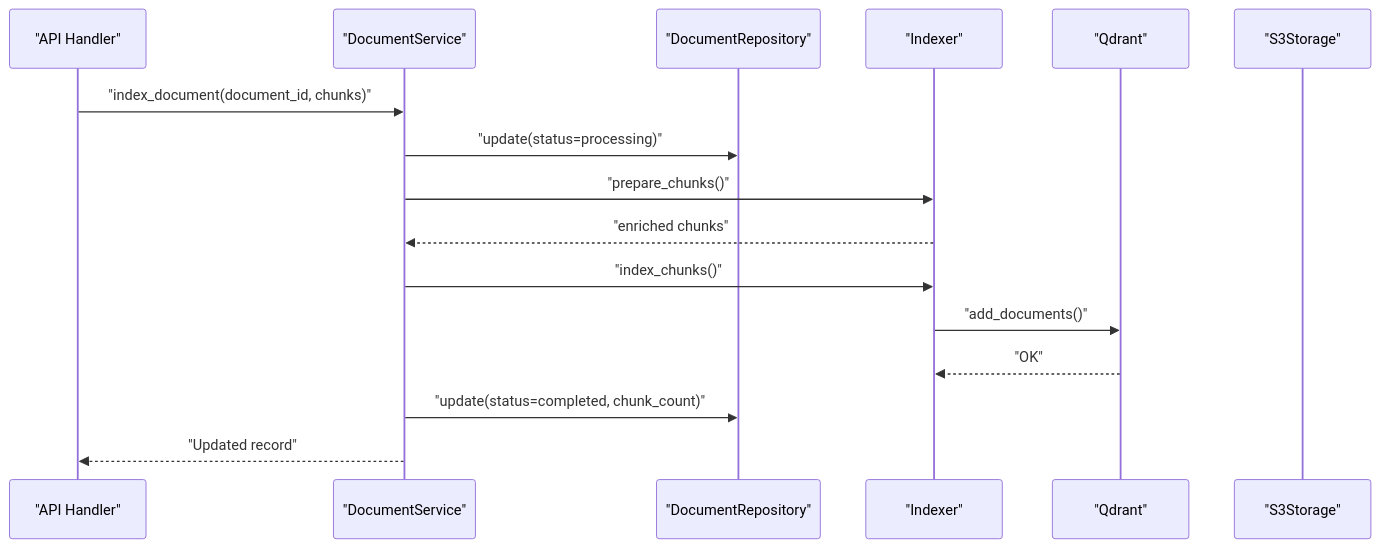
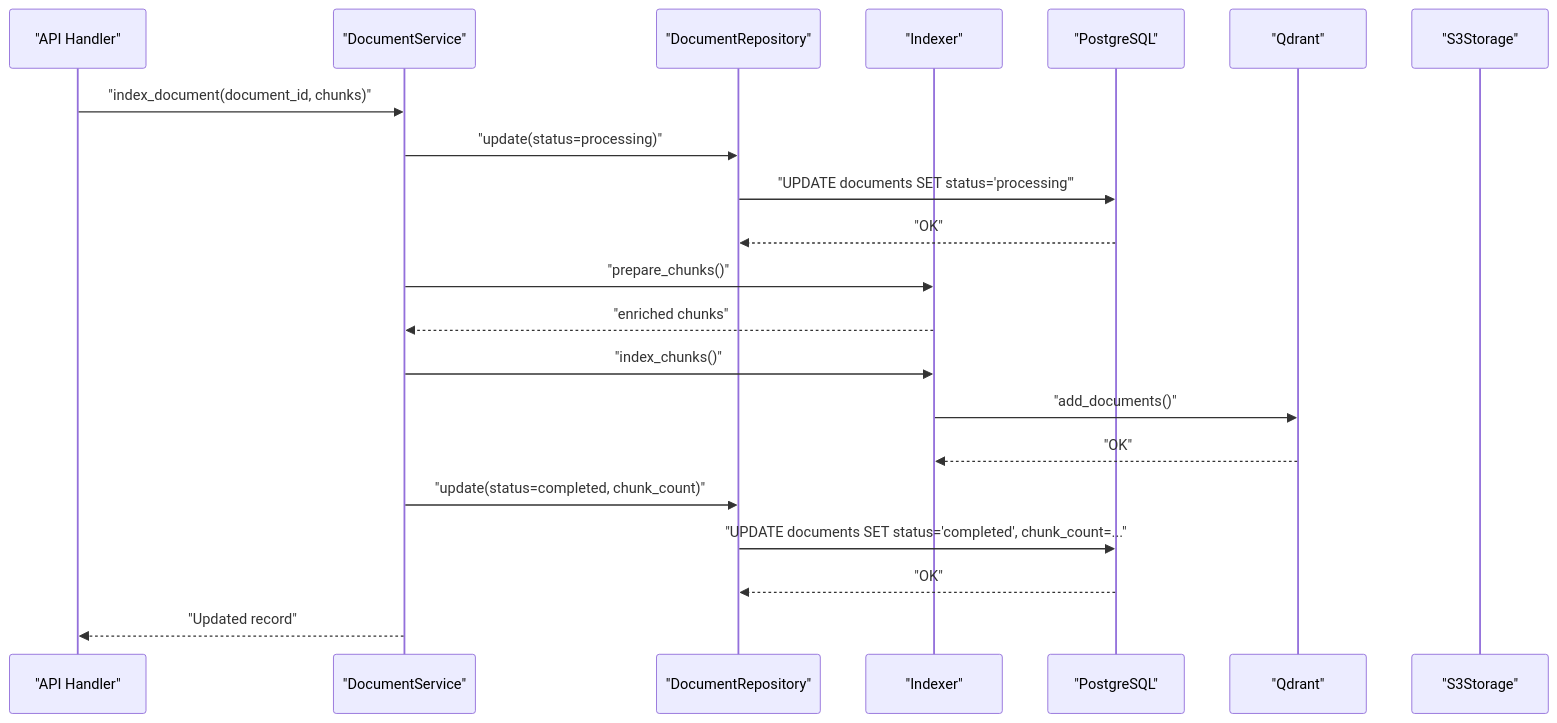
The fifth of 7 diagrams in .qoder/repowiki/en/content/API Reference/Resource Management System.md (ognelis/cafetera_hr_bot), drawn with Mermaid before and after one commit. The commit also changed other lines of this file and 13 other files, not shown here.

````diff
--- a/.qoder/repowiki/en/content/API Reference/Resource Management System.md
+++ b/.qoder/repowiki/en/content/API Reference/Resource Management System.md
@@ -286,18 +299,23 @@
 ```mermaid
 sequenceDiagram
 participant API as "API Handler"
 participant DS as "DocumentService"
 participant DR as "DocumentRepository"
 participant IDX as "Indexer"
+participant PG as "PostgreSQL"
 participant QD as "Qdrant"
 participant ST as "S3Storage"
 API->>DS : "index_document(document_id, chunks)"
 DS->>DR : "update(status=processing)"
+DR->>PG : "UPDATE documents SET status='processing'"
+PG-->>DR : "OK"
 DS->>IDX : "prepare_chunks()"
 IDX-->>DS : "enriched chunks"
 DS->>IDX : "index_chunks()"
 IDX->>QD : "add_documents()"
 QD-->>IDX : "OK"
 DS->>DR : "update(status=completed, chunk_count)"
+DR->>PG : "UPDATE documents SET status='completed', chunk_count=..."
+PG-->>DR : "OK"
 DS-->>API : "Updated record"
 ```
````
